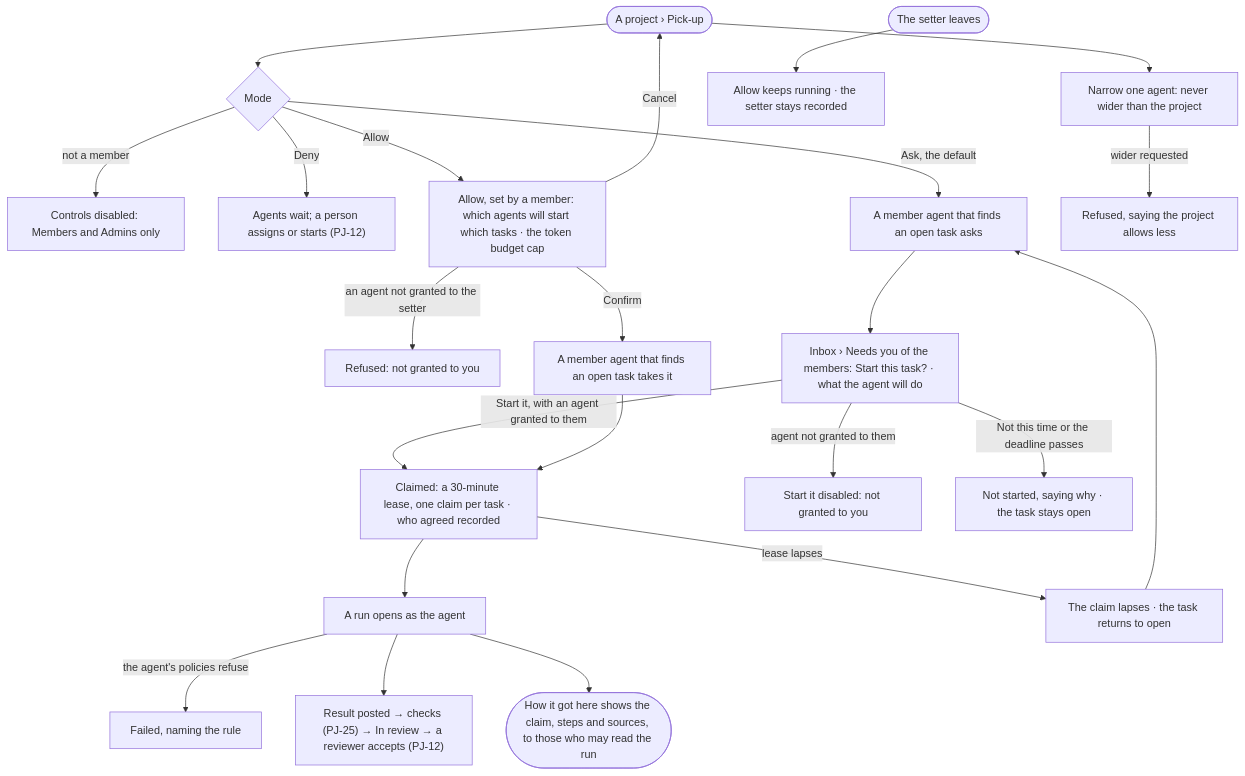
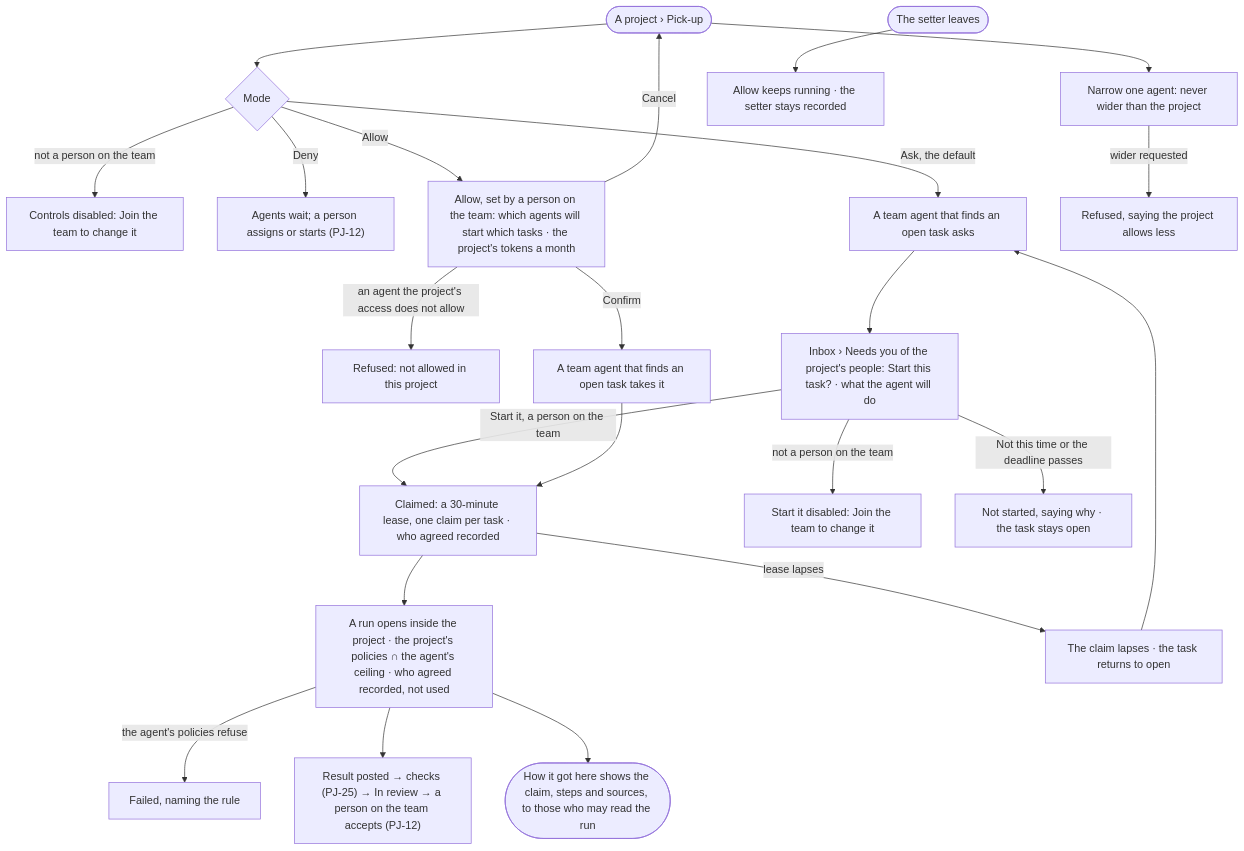
Before and after one commit to invana/invana: the first of 2 diagrams in specs/capabilities/projects/features/PJ-F01-projects-and-tasks/stories/PJ-15-let-agents-pick-up-tasks-by-hand-by-asking-or-on-their-own/story.md, drawn with Mermaid. The commit also changed other lines of this file and 456 other files, not shown here.

````diff
--- a/specs/capabilities/projects/features/PJ-F01-projects-and-tasks/stories/PJ-15-let-agents-pick-up-tasks-by-hand-by-asking-or-on-their-own/story.md
+++ b/specs/capabilities/projects/features/PJ-F01-projects-and-tasks/stories/PJ-15-let-agents-pick-up-tasks-by-hand-by-asking-or-on-their-own/story.md
@@ -30,25 +31,25 @@
 ```mermaid
 flowchart TD
   s([A project › Pick-up]) --> m{"Mode"}
-  m -->|not a member| na["Controls disabled: Members and Admins only"]
+  m -->|not a person on the team| na["Controls disabled: Join the team to change it"]
   m -->|Deny| man["Agents wait; a person assigns or starts (PJ-12)"]
-  m -->|Ask, the default| ask["A member agent that finds an open task asks"]
-  m -->|Allow| conf["Allow, set by a member: which agents will start which tasks · the token budget cap"]
-  conf -->|an agent not granted to the setter| nu["Refused: not granted to you"]
-  conf -->|Confirm| auto["A member agent that finds an open task takes it"]
+  m -->|Ask, the default| ask["A team agent that finds an open task asks"]
+  m -->|Allow| conf["Allow, set by a person on the team: which agents will start which tasks · the project's tokens a month"]
+  conf -->|an agent the project's access does not allow| nu["Refused: not allowed in this project"]
+  conf -->|Confirm| auto["A team agent that finds an open task takes it"]
   conf -->|Cancel| s
   s --> nar["Narrow one agent: never wider than the project"]
   nar -->|wider requested| ref["Refused, saying the project allows less"]
-  ask --> inbox["Inbox › Needs you of the members: Start this task? · what the agent will do"]
-  inbox -->|Start it, with an agent granted to them| claim
-  inbox -->|agent not granted to them| nstart["Start it disabled: not granted to you"]
+  ask --> inbox["Inbox › Needs you of the project's people: Start this task? · what the agent will do"]
+  inbox -->|Start it, a person on the team| claim
+  inbox -->|not a person on the team| nstart["Start it disabled: Join the team to change it"]
   inbox -->|Not this time or the deadline passes| held["Not started, saying why · the task stays open"]
   auto --> claim["Claimed: a 30-minute lease, one claim per task · who agreed recorded"]
-  claim --> run["A run opens as the agent"]
+  claim --> run["A run opens inside the project · the project's policies ∩ the agent's ceiling · who agreed recorded, not used"]
   run -->|the agent's policies refuse| pf["Failed, naming the rule"]
-  run --> res["Result posted → checks (PJ-25) → In review → a reviewer accepts (PJ-12)"]
+  run --> res["Result posted → checks (PJ-25) → In review → a person on the team accepts (PJ-12)"]
   claim -->|lease lapses| back["The claim lapses · the task returns to open"]
   back --> ask
   leave([The setter leaves]) --> keep["Allow keeps running · the setter stays recorded"]
   run --> trace(["How it got here shows the claim, steps and sources, to those who may read the run"])
 ```
````
